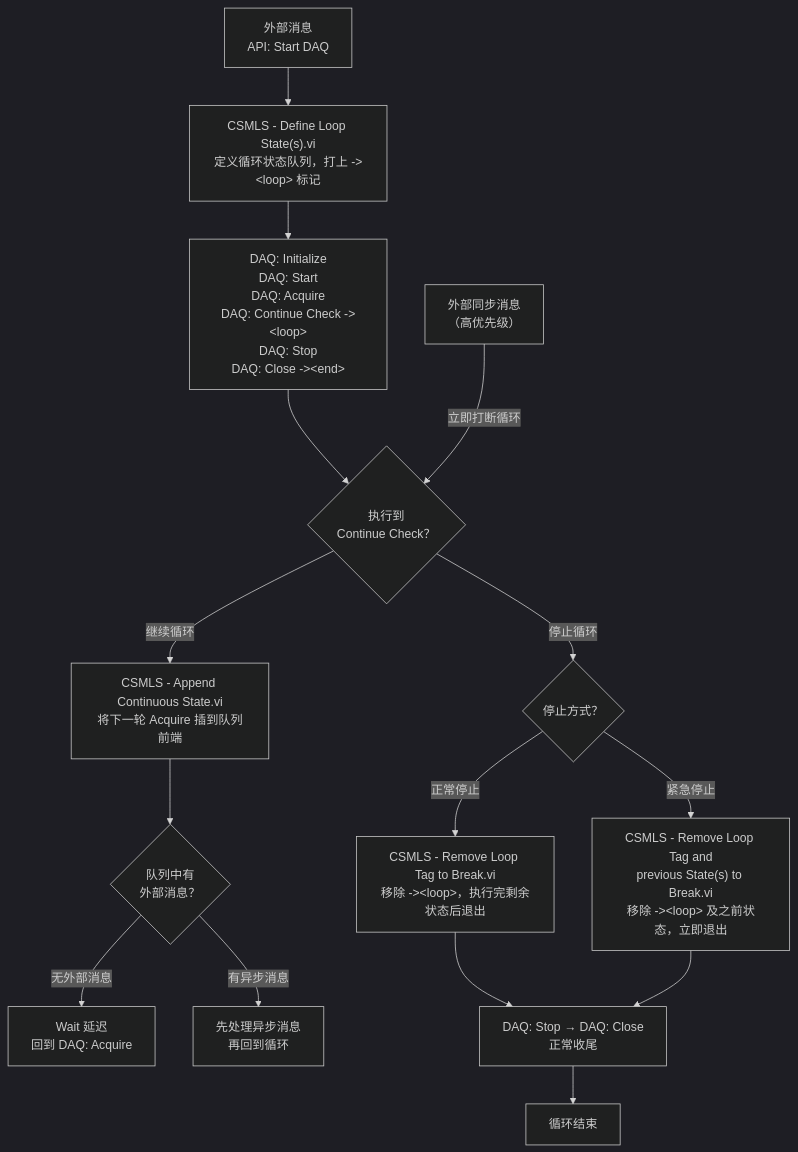
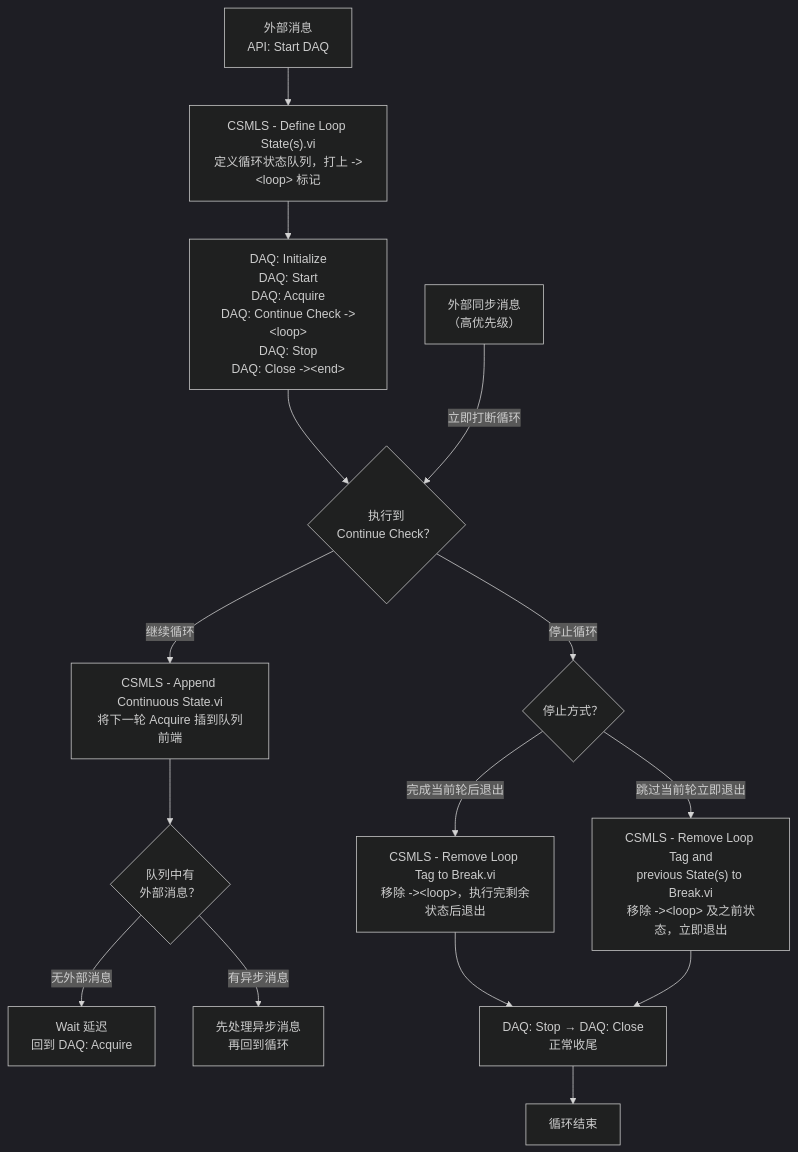
One commit to NEVSTOP-LAB/CSM-Wiki changed the diagram in docs/plugins/loop-support.md. Above: the diagram before and after it, drawn with Mermaid (dark theme). The commit also changed other lines of this file and 1 other file, not shown here.

````diff
--- a/docs/plugins/loop-support.md
+++ b/docs/plugins/loop-support.md
@@ -70,18 +70,18 @@
 ```mermaid
 flowchart TD
     A["外部消息\nAPI: Start DAQ"] --> B["CSMLS - Define Loop State(s).vi\n定义循环状态队列，打上 ->&lt;loop&gt; 标记"]
     B --> C["DAQ: Initialize\nDAQ: Start\nDAQ: Acquire\nDAQ: Continue Check ->&lt;loop&gt;\nDAQ: Stop\nDAQ: Close ->&lt;end&gt;"]
     C --> D{"执行到\nContinue Check？"}
     D -- 继续循环 --> E["CSMLS - Append Continuous State.vi\n将下一轮 Acquire 插到队列前端"]
     E --> F{"队列中有\n外部消息？"}
     F -- 无外部消息 --> G["Wait 延迟\n回到 DAQ: Acquire"]
     F -- 有异步消息 --> H["先处理异步消息\n再回到循环"]
     D -- 停止循环 --> I{"停止方式？"}
-    I -- 正常停止 --> J["CSMLS - Remove Loop Tag to Break.vi\n移除 ->&lt;loop&gt;，执行完剩余状态后退出"]
-    I -- 紧急停止 --> K["CSMLS - Remove Loop Tag and\nprevious State(s) to Break.vi\n移除 ->&lt;loop&gt; 及之前状态，立即退出"]
+    I -- 完成当前轮后退出 --> J["CSMLS - Remove Loop Tag to Break.vi\n移除 ->&lt;loop&gt;，执行完剩余状态后退出"]
+    I -- 跳过当前轮立即退出 --> K["CSMLS - Remove Loop Tag and\nprevious State(s) to Break.vi\n移除 ->&lt;loop&gt; 及之前状态，立即退出"]
     J --> L["DAQ: Stop → DAQ: Close\n正常收尾"]
     K --> L
     L --> M["循环结束"]
 
     N["外部同步消息\n（高优先级）"] -- "立即打断循环" --> D
 ```
````
